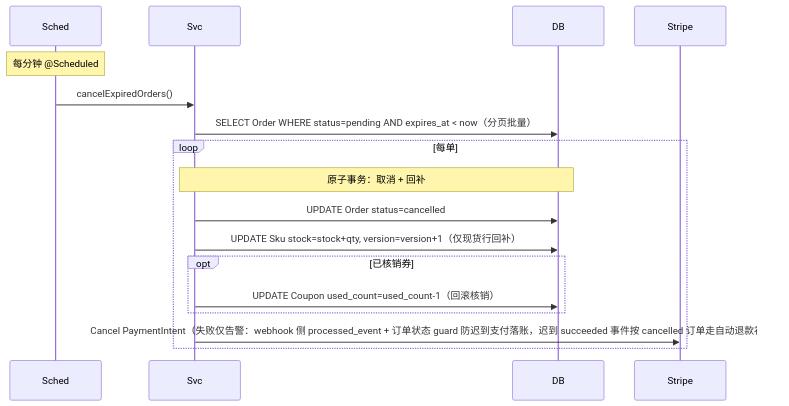
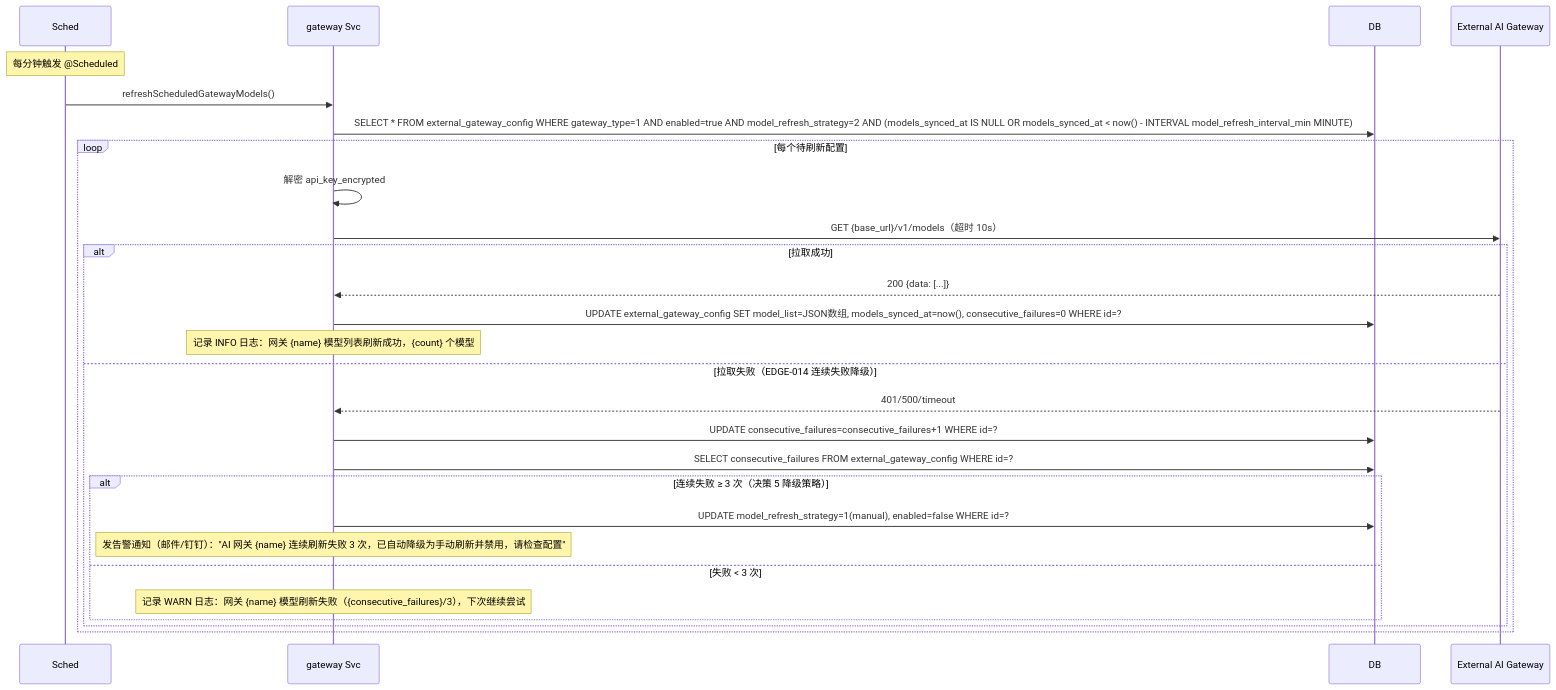
Before and after one commit to hptec/dreamy: the third of 9 diagrams in hhspec/specs/architecture/data-flow.md, drawn with Mermaid. The commit also changed other lines of this file and 249 other files, not shown here.

````diff
--- a/hhspec/specs/architecture/data-flow.md
+++ b/hhspec/specs/architecture/data-flow.md
@@ -342,20 +182,32 @@
 ```mermaid
 sequenceDiagram
     participant Sched
-    participant Svc
+    participant Svc as gateway Svc
     participant DB
-    participant Stripe
+    participant Gateway as External AI Gateway
 
-    Note over Sched: 每分钟 @Scheduled
-    Sched->>Svc: cancelExpiredOrders()
-    Svc->>DB: SELECT Order WHERE status=pending AND expires_at < now（分页批量）
-    loop 每单
-        Note over Svc,DB: 原子事务：取消 + 回补
-        Svc->>DB: UPDATE Order status=cancelled
-        Svc->>DB: UPDATE Sku stock=stock+qty, version=version+1（仅现货行回补）
-        opt 已核销券
-            Svc->>DB: UPDATE Coupon used_count=used_count-1（回滚核销）
+    Note over Sched: 每分钟触发 @Scheduled
+    Sched->>Svc: refreshScheduledGatewayModels()
+    Svc->>DB: SELECT * FROM external_gateway_config WHERE gateway_type=1 AND enabled=true AND model_refresh_strategy=2 AND (models_synced_at IS NULL OR models_synced_at < now() - INTERVAL model_refresh_interval_min MINUTE)
+    
+    loop 每个待刷新配置
+        Svc->>Svc: 解密 api_key_encrypted
+        Svc->>Gateway: GET {base_url}/v1/models（超时 10s）
+        
+        alt 拉取成功
+            Gateway-->>Svc: 200 {data: [...]}
+            Svc->>DB: UPDATE external_gateway_config SET model_list=JSON数组, models_synced_at=now(), consecutive_failures=0 WHERE id=?
+            Note over Svc: 记录 INFO 日志：网关 {name} 模型列表刷新成功，{count} 个模型
+        else 拉取失败（EDGE-014 连续失败降级）
+            Gateway-->>Svc: 401/500/timeout
+            Svc->>DB: UPDATE consecutive_failures=consecutive_failures+1 WHERE id=?
+            Svc->>DB: SELECT consecutive_failures FROM external_gateway_config WHERE id=?
+            alt 连续失败 ≥ 3 次（决策 5 降级策略）
+                Svc->>DB: UPDATE model_refresh_strategy=1(manual), enabled=false WHERE id=?
+                Note over Svc: 发告警通知（邮件/钉钉）："AI 网关 {name} 连续刷新失败 3 次，已自动降级为手动刷新并禁用，请检查配置"
+            else 失败 < 3 次
+                Note over Svc: 记录 WARN 日志：网关 {name} 模型刷新失败（{consecutive_failures}/3），下次继续尝试
+            end
         end
-        Svc->>Stripe: Cancel PaymentIntent（失败仅告警：webhook 侧 processed_event + 订单状态 guard 防迟到支付落账，迟到 succeeded 事件按 cancelled 订单走自动退款补偿）
     end
 ```
````
